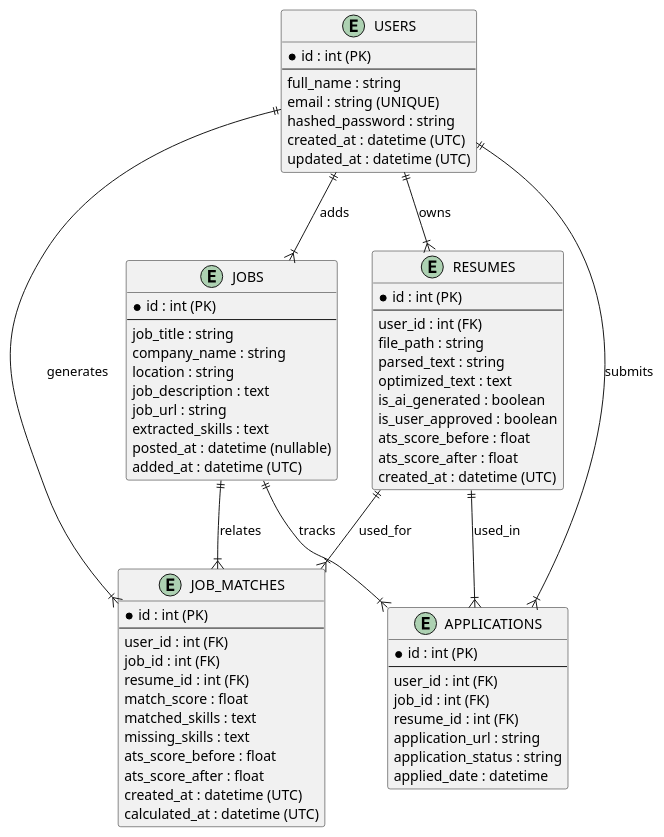
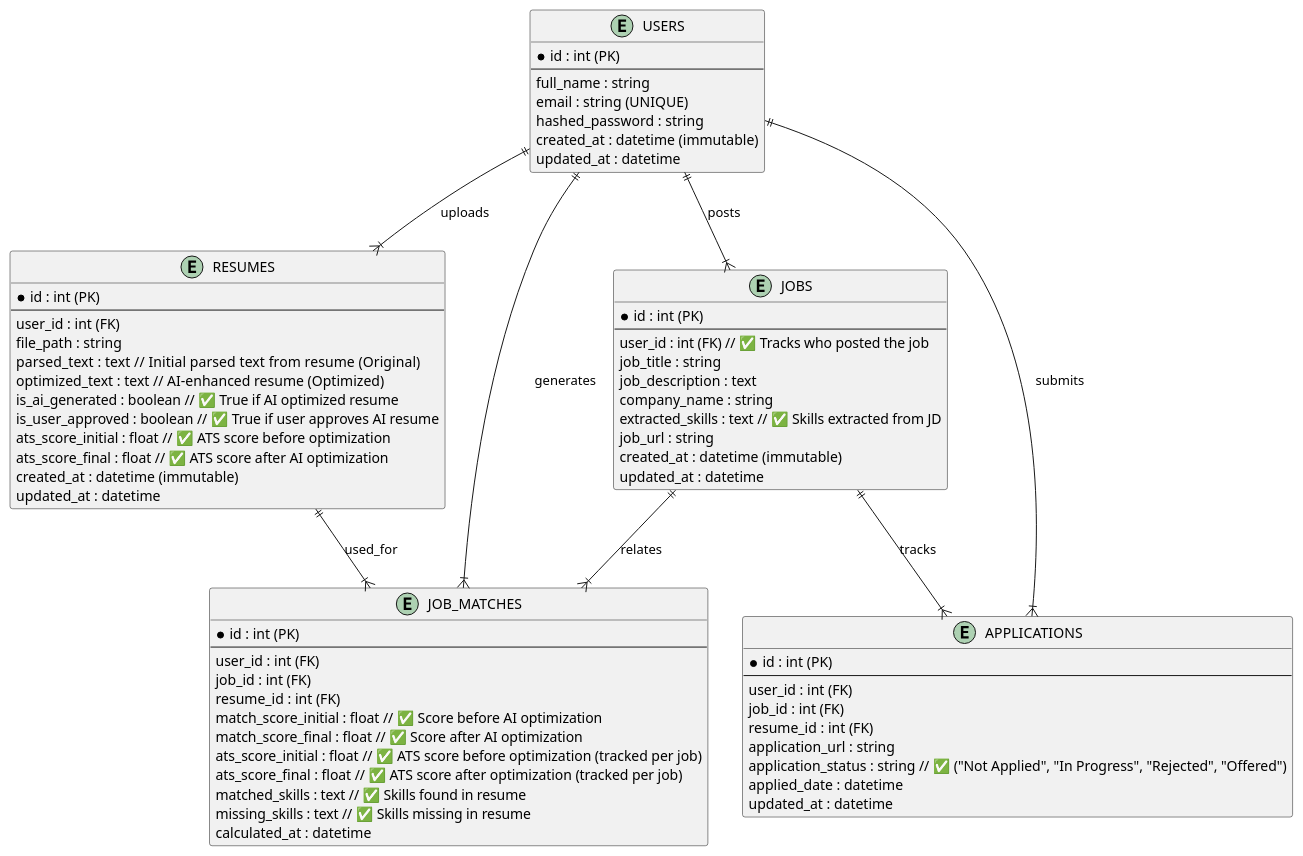
One commit to ejiang-airta/FindMyDreamJobs changed the diagram in backend/app/database/db_schema.plantUML. Above: the diagram before and after it, drawn with PlantUML. The commit also changed 18 other files, not shown here.

Commit message:
Fixed ats-scores not showing issues and updated DB schema

```diff
--- a/backend/app/database/db_schema.plantUML
+++ b/backend/app/database/db_schema.plantUML
@@ -1,75 +1,76 @@
 @startuml
 
 entity USERS {
     * id : int (PK)
     --
     full_name : string
     email : string (UNIQUE)
     hashed_password : string
-    created_at : datetime (UTC)
-    updated_at : datetime (UTC)
+    created_at : datetime (immutable)
+    updated_at : datetime
 }
 
 entity RESUMES {
     * id : int (PK)
     --
     user_id : int (FK)
     file_path : string
-    parsed_text : string
-    optimized_text : text
-    is_ai_generated : boolean
-    is_user_approved : boolean
-    ats_score_before : float
-    ats_score_after : float
-    created_at : datetime (UTC)
+    parsed_text : text  // Initial parsed text from resume (Original)
+    optimized_text : text // AI-enhanced resume (Optimized)
+    is_ai_generated : boolean // ✅ True if AI optimized resume
+    is_user_approved : boolean // ✅ True if user approves AI resume
+    ats_score_initial : float // ✅ ATS score before optimization
+    ats_score_final : float // ✅ ATS score after AI optimization
+    created_at : datetime (immutable)
+    updated_at : datetime
 }
 
 entity JOBS {
     * id : int (PK)
     --
+    user_id : int (FK) // ✅ Tracks who posted the job
     job_title : string
+    job_description : text
     company_name : string
-    location : string
-    job_description : text
+    extracted_skills : text // ✅ Skills extracted from JD
     job_url : string
-    extracted_skills : text
-    posted_at : datetime (nullable)
-    added_at : datetime (UTC)
+    created_at : datetime (immutable)
+    updated_at : datetime
 }
 
 entity JOB_MATCHES {
     * id : int (PK)
     --
     user_id : int (FK)
     job_id : int (FK)
     resume_id : int (FK)
-    match_score : float
-    matched_skills : text
-    missing_skills : text
-    ats_score_before : float
-    ats_score_after : float
-    created_at : datetime (UTC)
-    calculated_at : datetime (UTC)
+    match_score_initial : float // ✅ Score before AI optimization
+    match_score_final : float // ✅ Score after AI optimization
+    ats_score_initial : float // ✅ ATS score before optimization (tracked per job)
+    ats_score_final : float // ✅ ATS score after optimization (tracked per job)
+    matched_skills : text // ✅ Skills found in resume
+    missing_skills : text // ✅ Skills missing in resume
+    calculated_at : datetime
 }
 
 entity APPLICATIONS {
     * id : int (PK)
     --
     user_id : int (FK)
     job_id : int (FK)
     resume_id : int (FK)
     application_url : string
-    application_status : string
+    application_status : string // ✅ ("Not Applied", "In Progress", "Rejected", "Offered")
     applied_date : datetime
+    updated_at : datetime
 }
 
-USERS ||--|{ RESUMES : owns
-USERS ||--|{ JOBS : adds
+USERS ||--|{ RESUMES : uploads
+USERS ||--|{ JOBS : posts
 USERS ||--|{ JOB_MATCHES : generates
 USERS ||--|{ APPLICATIONS : submits
 JOBS ||--|{ JOB_MATCHES : relates
 RESUMES ||--|{ JOB_MATCHES : used_for
 JOBS ||--|{ APPLICATIONS : tracks
-RESUMES ||--|{ APPLICATIONS : used_in
 
 @enduml
```
